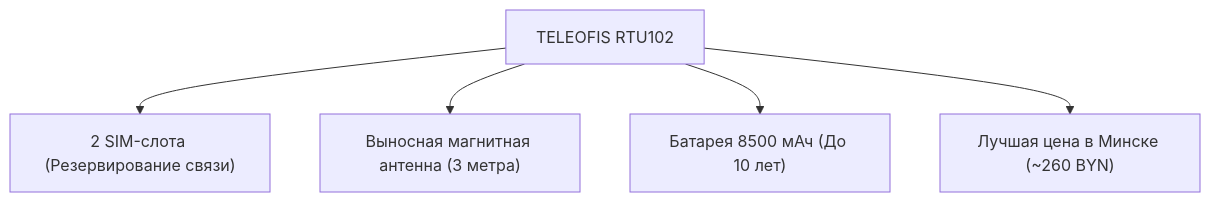
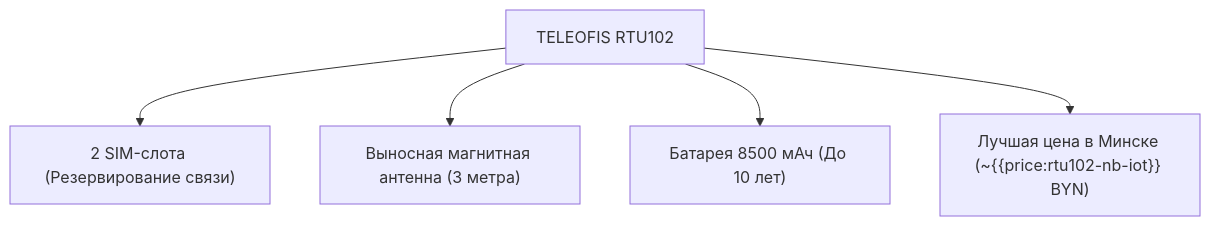
Before and after one commit to nbiotminsk/astroplate: the second of 2 diagrams in src/content/blog/sravnenie-vega-nb11-jupiter2576-rtu102.md, drawn with Mermaid. The commit also changed other lines of this file and 20 other files, not shown here.

````diff
--- a/src/content/blog/sravnenie-vega-nb11-jupiter2576-rtu102.md
+++ b/src/content/blog/sravnenie-vega-nb11-jupiter2576-rtu102.md
@@ -92,7 +92,7 @@
 ```mermaid
 graph TD
     RTU["TELEOFIS RTU102"] --> SIM["2 SIM-слота (Резервирование связи)"]
     RTU --> Ant["Выносная магнитная антенна (3 метра)"]
     RTU --> Bat["Батарея 8500 мАч (До 10 лет)"]
-    RTU --> Price["Лучшая цена в Минске (~260 BYN)"]
+    RTU --> Price["Лучшая цена в Минске (~{{price:rtu102-nb-iot}} BYN)"]
 ```
````
